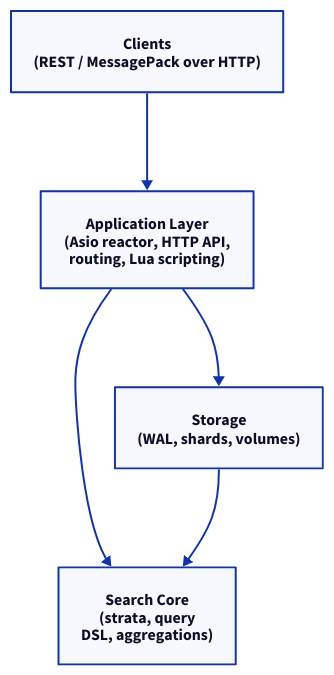
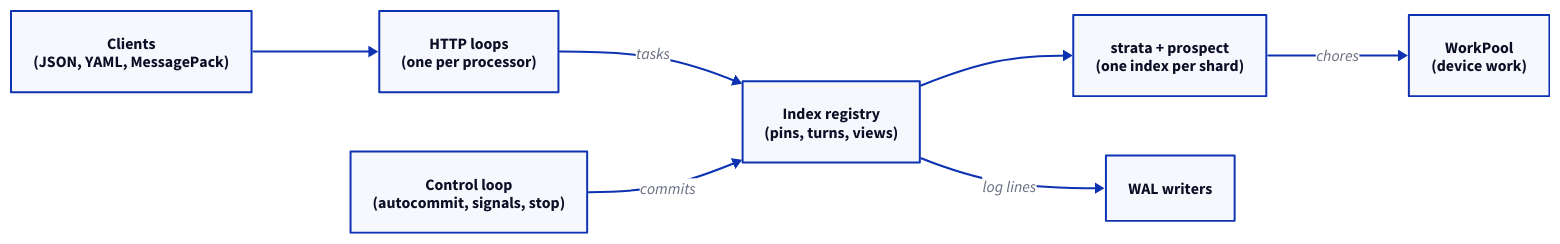
The diagram in docs/src/content/docs/architecture.md (Kronuz/Xapiand), drawn with D2 before and after one commit. The commit also changed other lines of this file and 3 other files, not shown here.

First line of the commit message:
Rewrite the architecture pages from the code on strata

````diff
--- a/docs/src/content/docs/architecture.md
+++ b/docs/src/content/docs/architecture.md
@@ -23,11 +21,16 @@
-```d2 alt="Xapiand's layered architecture: clients reach the application layer, which drives the storage subsystem and the search core, and storage feeds the search core"
-direction: down
-Clients: "Clients\n(REST / MessagePack over HTTP)"
-App: "Application Layer\n(Asio reactor, HTTP API,\nrouting, Lua scripting)"
-Store: "Storage\n(WAL, shards, volumes)"
-Search: "Search Core\n(strata, query\nDSL, aggregations)"
-Clients -> App
-App -> Store
-App -> Search
-Store -> Search
+```d2 alt="Xapiand's process: clients reach the HTTP loops; their requests reach the index registry, which holds the strata indexes; device work runs on the work pool, log lines go to the WAL writers, and the control loop commits and stops the node"
+direction: right
+Clients: "Clients\n(JSON, YAML, MessagePack)"
+HTTP: "HTTP loops\n(one per processor)"
+Registry: "Index registry\n(pins, turns, views)"
+Engine: "strata + prospect\n(one index per shard)"
+Pool: "WorkPool\n(device work)"
+WAL: "WAL writers"
+Control: "Control loop\n(autocommit, signals, stop)"
+Clients -> HTTP
+HTTP -> Registry: "tasks"
+Registry -> Engine
+Engine -> Pool: "chores"
+Registry -> WAL: "log lines"
+Control -> Registry: "commits"
 ```
````
